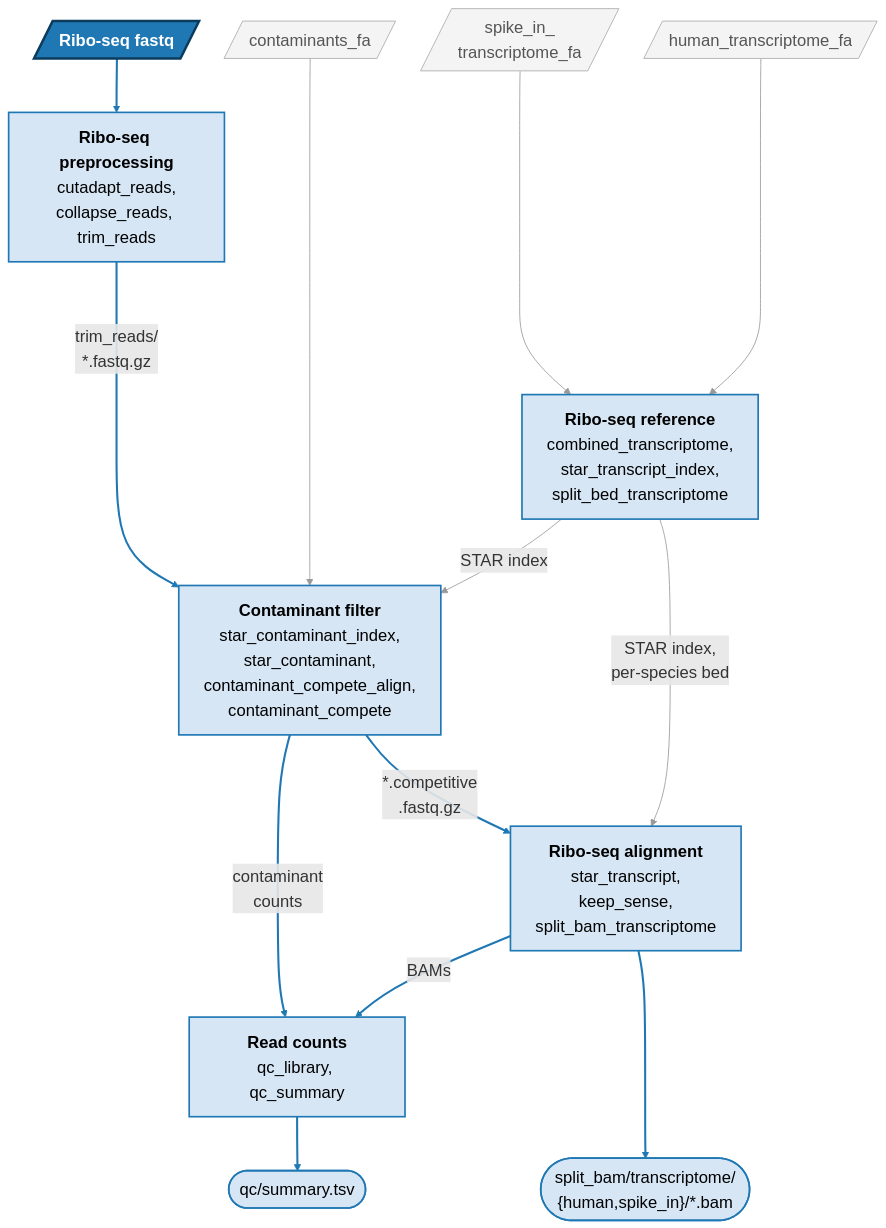
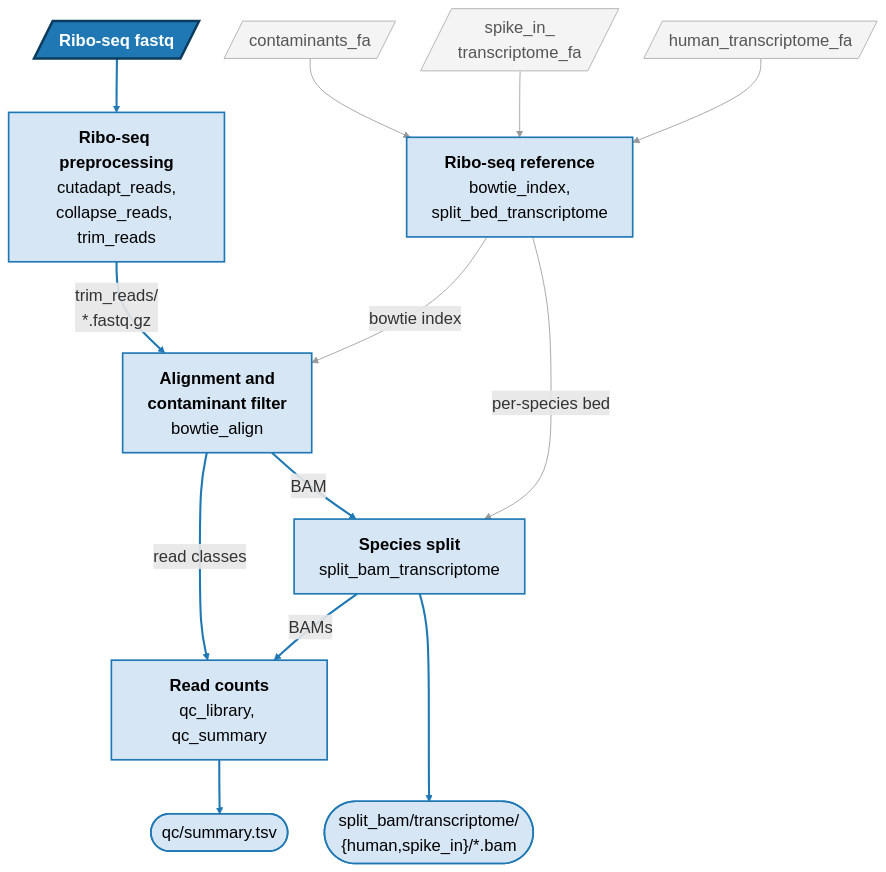
Before and after one commit to katarinagresova/wf-riboseq-align: the diagram in README.md, drawn with Mermaid. The commit also changed other lines of this file, not shown here.

Commit message:
Update README.md: clarify alignment method and workflow details, replacing STAR with bowtie references

````diff
--- a/README.md
+++ b/README.md
@@ -12,41 +13,41 @@
 ```mermaid
 %%{init: {"themeVariables": {"fontSize": "20px"}, "flowchart": {"nodeSpacing": 30}}}%%
 flowchart TD
     human[/"human_transcriptome_fa"/]
     spike[/"spike_in_<br>transcriptome_fa"/]
     contam_fa[/"contaminants_fa"/]
     ribo[/"<b>Ribo-seq fastq</b>"/]
 
-    ref["<b>Ribo-seq reference</b><br>combined_transcriptome,<br>star_transcript_index,<br>split_bed_transcriptome"]
+    ref["<b>Ribo-seq reference</b><br>bowtie_index,<br>split_bed_transcriptome"]
     trim["<b>Ribo-seq preprocessing</b><br>cutadapt_reads,<br>collapse_reads, trim_reads"]
-    contam["<b>Contaminant filter</b><br>star_contaminant_index,<br>star_contaminant,<br>contaminant_compete_align,<br>contaminant_compete"]
-    align["<b>Ribo-seq alignment</b><br>star_transcript,<br>keep_sense,<br>split_bam_transcriptome"]
+    align["<b>Alignment and<br>contaminant filter</b><br>bowtie_align"]
+    split["<b>Species split</b><br>split_bam_transcriptome"]
     qc["<b>Read counts</b><br>qc_library, qc_summary"]
 
     bams(["split_bam/transcriptome/<br>{human,spike_in}/*.bam"])
     summary(["qc/summary.tsv"])
 
     %% Longer arrows (more dashes) keep every input on the top row and every output on the bottom row.
     %% The edge order keeps the diagram narrow: GitHub shrinks a wide one, and its text with it.
     ribo --> trim
-    trim ---->|"trim_reads/<br>*.fastq.gz"| contam
-    contam_fa -----> contam
-    spike ----> ref
-    ref -->|"STAR index"| contam
-    contam -->|"*.competitive<br>.fastq.gz"| align
-    ref -->|"STAR index,<br>per-species bed"| align
-    contam -->|"contaminant<br>counts"| qc
-    align -->|"BAMs"| qc
-    align ---> bams
+    trim -->|"trim_reads/<br>*.fastq.gz"| align
+    contam_fa --> ref
+    spike --> ref
+    ref -->|"bowtie index"| align
+    align -->|"BAM"| split
+    ref --->|"per-species bed"| split
+    align --->|"read classes"| qc
+    split -->|"BAMs"| qc
+    split ---> bams
     qc --> summary
-    human ----> ref
+    human --> ref
 
     classDef riboInput fill:#1f78b4,stroke:#0b3c5d,stroke-width:3px,color:#fff
     classDef helper fill:#f4f4f4,stroke:#aaa,color:#555
     classDef riboStep fill:#d6e6f5,stroke:#1f78b4,stroke-width:2px,color:#000
     class ribo riboInput
     class contam_fa,spike,human helper
-    class trim,contam,ref,align,qc,bams,summary riboStep
+    class trim,align,split,ref,qc,bams,summary riboStep
     linkStyle 0,1,5,7,8,9,10 stroke:#1f78b4,stroke-width:2.5px
     linkStyle 2,3,4,6,11 stroke:#999
 ```
````
